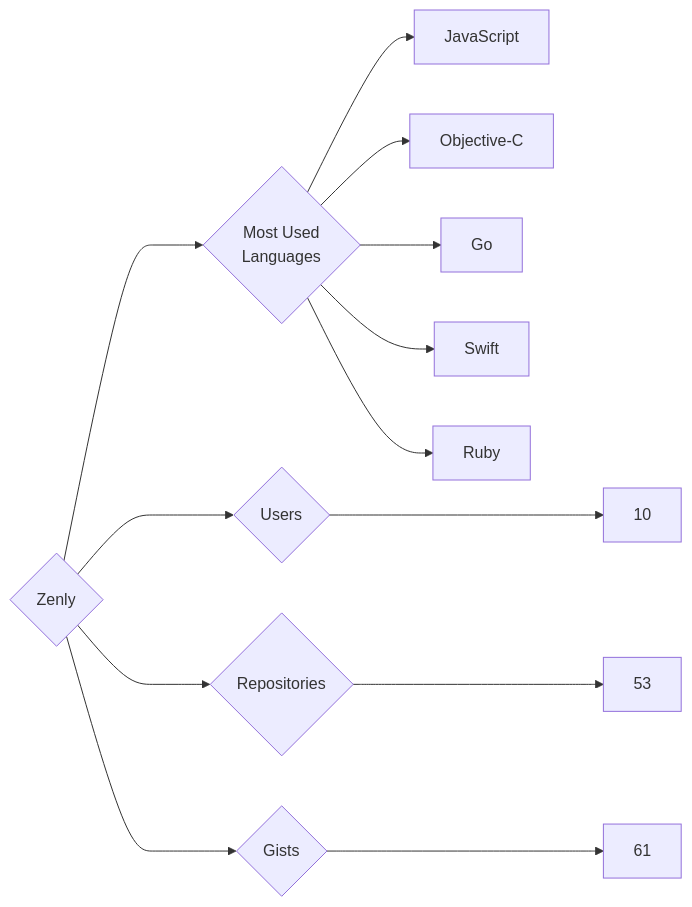
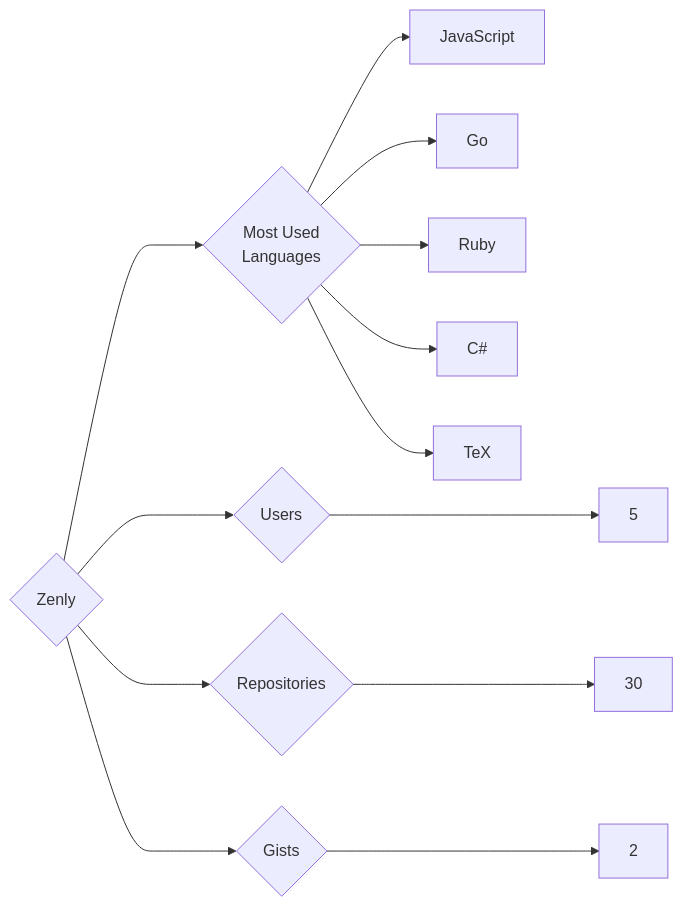
Before and after one commit to trickest/insiders: the diagram in targets/Zenly/README.md, drawn with Mermaid. The commit also changed 895 other files, not shown here.

````diff
--- a/targets/Zenly/README.md
+++ b/targets/Zenly/README.md
@@ -3,13 +3,13 @@
 ```mermaid
 graph LR
 COMPANY_NAME{Zenly}
-COMPANY_NAME ---> U{Users} ---> UN[10]
-COMPANY_NAME ---> R{Repositories} ---> RN[53]
-COMPANY_NAME ---> G{Gists} ---> GN[61]
+COMPANY_NAME ---> U{Users} ---> UN[5]
+COMPANY_NAME ---> R{Repositories} ---> RN[30]
+COMPANY_NAME ---> G{Gists} ---> GN[2]
 COMPANY_NAME ---> ML{Most Used<br>Languages}
 ML --> JavaScript[JavaScript]
-ML --> Objective-C[Objective-C]
 ML --> Go[Go]
-ML --> Swift[Swift]
 ML --> Ruby[Ruby]
+ML --> C#[C#]
+ML --> TeX[TeX]
 ```
````
